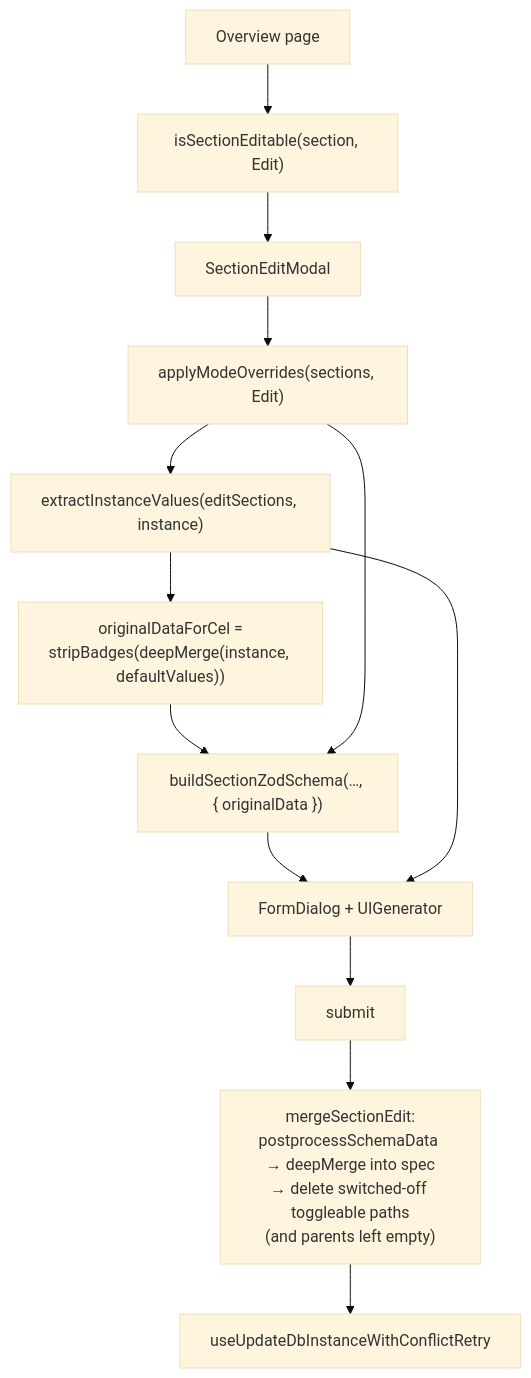
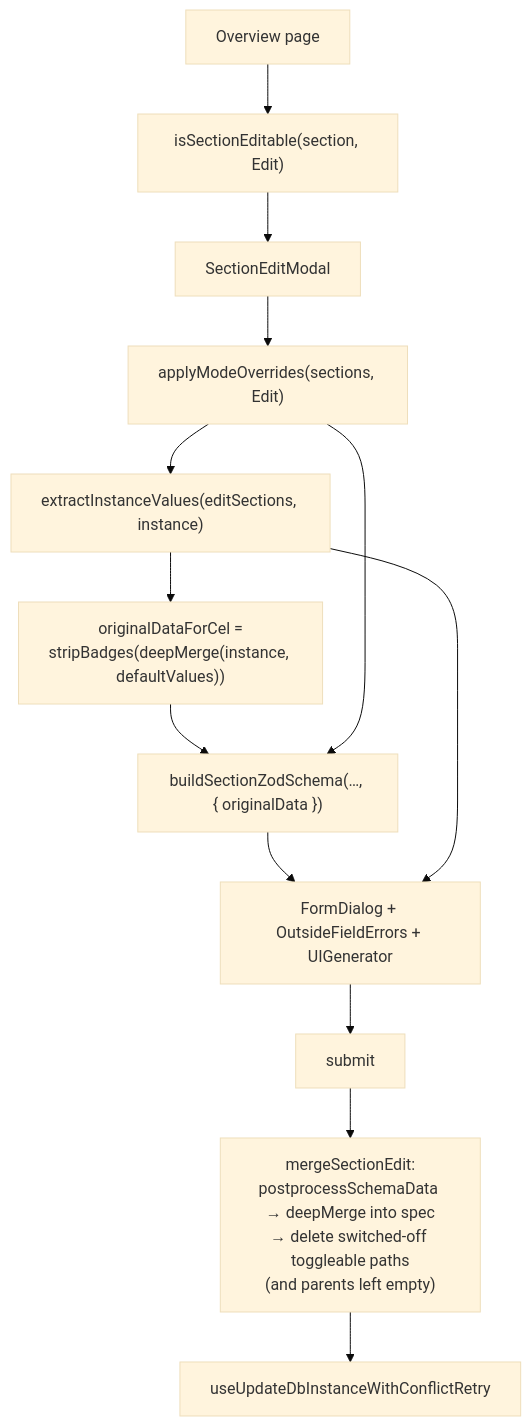
The third of 3 diagrams in docs/ui/architecture/ui-generator/pipeline.md (openeverest/openeverest), drawn with Mermaid (base theme) before and after one commit. The commit also changed other lines of this file and 16 other files, not shown here.

````diff
--- a/docs/ui/architecture/ui-generator/pipeline.md
+++ b/docs/ui/architecture/ui-generator/pipeline.md
@@ -212,15 +212,15 @@
 ```mermaid
 flowchart TD
   OVERVIEW["Overview page"] --> EDITABLE["isSectionEditable(section, Edit)"]
   EDITABLE --> MODAL["SectionEditModal"]
   MODAL --> MODE["applyModeOverrides(sections, Edit)"]
   MODE --> VALUES["extractInstanceValues(editSections, instance)"]
   VALUES --> ORIGINAL["originalDataForCel =<br/>stripBadges(deepMerge(instance, defaultValues))"]
   ORIGINAL --> ZOD_EDIT["buildSectionZodSchema(…, { originalData })"]
   MODE --> ZOD_EDIT
-  ZOD_EDIT --> FORM["FormDialog + UIGenerator"]
+  ZOD_EDIT --> FORM["FormDialog + OutsideFieldErrors + UIGenerator"]
   VALUES --> FORM
   FORM --> SUBMIT["submit"]
   SUBMIT --> MERGE["mergeSectionEdit:<br/>postprocessSchemaData → deepMerge into spec<br/>→ delete switched-off toggleable paths<br/>(and parents left empty)"]
   MERGE --> UPDATE["useUpdateDbInstanceWithConflictRetry"]
 ```
````
